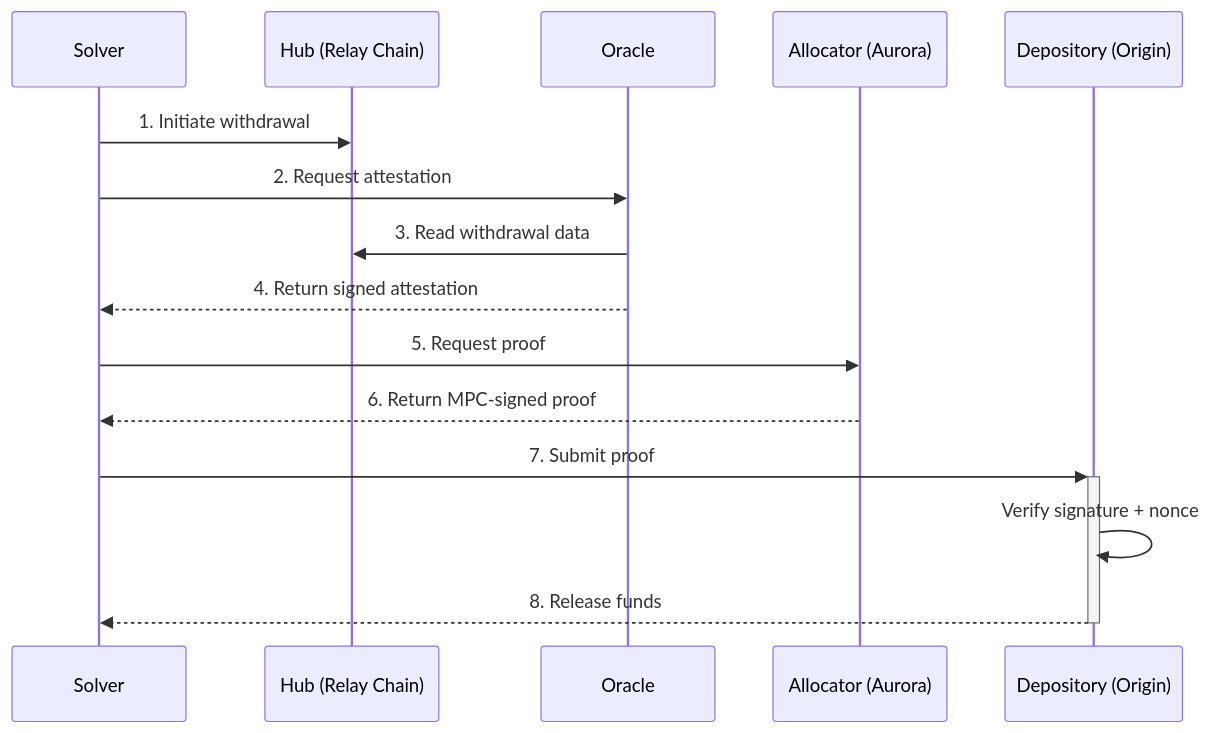
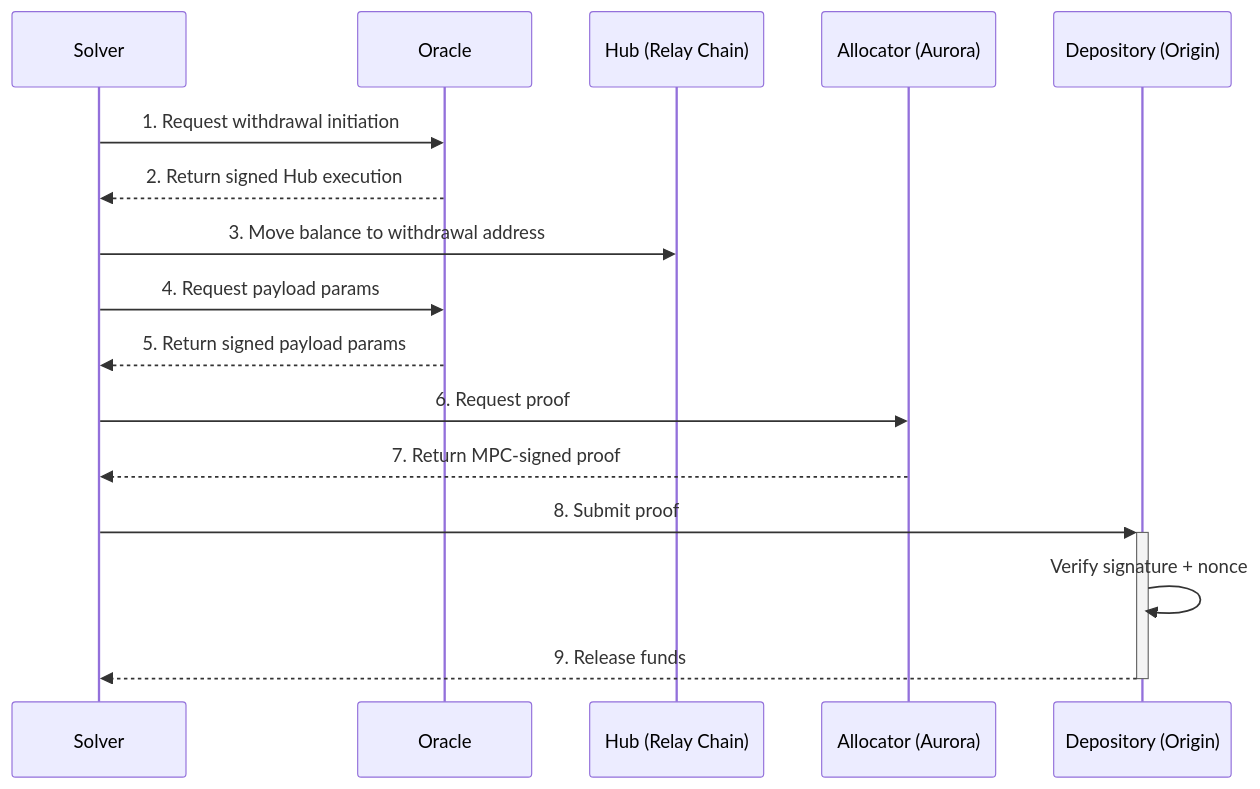
The fourth of 7 diagrams in references/protocol/how-it-works.mdx (relayprotocol/relay-docs), drawn with Mermaid before and after one commit. The commit also changed other lines of this file and 7 other files, not shown here.

````diff
--- a/references/protocol/how-it-works.mdx
+++ b/references/protocol/how-it-works.mdx
@@ -130,18 +130,19 @@
 ```mermaid
 sequenceDiagram
     participant Solver
+    participant Oracle
     participant Hub as Hub (Relay Chain)
-    participant Oracle
     participant Allocator as Allocator (Aurora)
     participant Depository as Depository (Origin)
 
-    Solver->>Hub: 1. Initiate withdrawal
-    Solver->>Oracle: 2. Request attestation
-    Oracle->>Hub: 3. Read withdrawal data
-    Oracle-->>Solver: 4. Return signed attestation
-    Solver->>Allocator: 5. Request proof
-    Allocator-->>Solver: 6. Return MPC-signed proof
-    Solver->>+Depository: 7. Submit proof
+    Solver->>Oracle: 1. Request withdrawal initiation
+    Oracle-->>Solver: 2. Return signed Hub execution
+    Solver->>Hub: 3. Move balance to withdrawal address
+    Solver->>Oracle: 4. Request payload params
+    Oracle-->>Solver: 5. Return signed payload params
+    Solver->>Allocator: 6. Request proof
+    Allocator-->>Solver: 7. Return MPC-signed proof
+    Solver->>+Depository: 8. Submit proof
     Depository->>Depository: Verify signature + nonce
-    Depository-->>-Solver: 8. Release funds
+    Depository-->>-Solver: 9. Release funds
 ```
````
